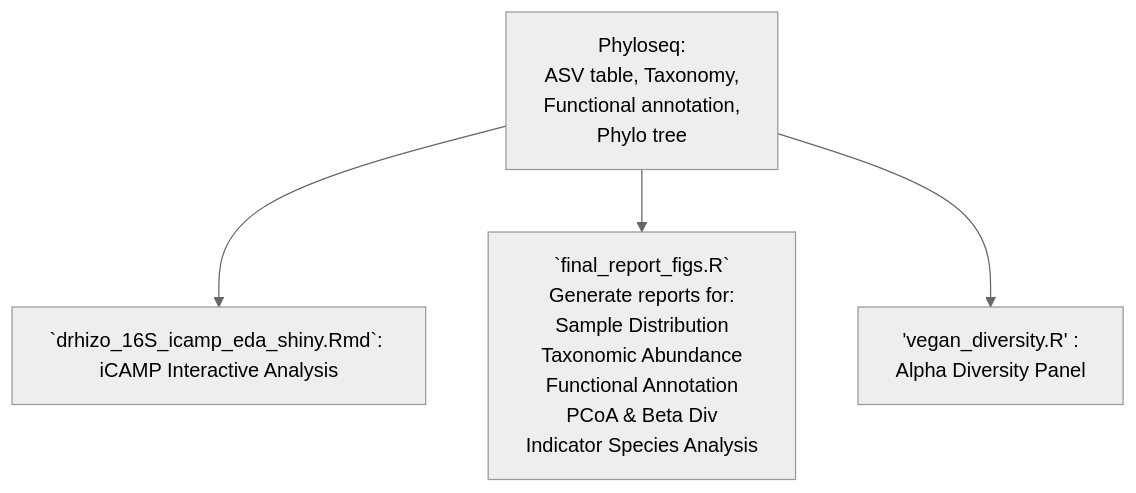
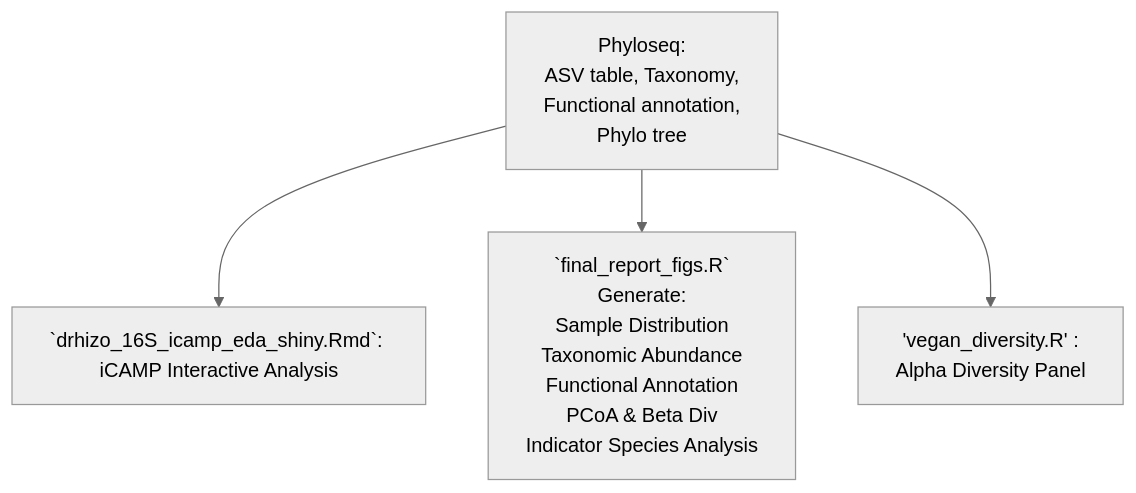
Before and after one commit to dbioinfo/drhizo: the second of 2 diagrams in README.md, drawn with Mermaid (neutral theme). The commit also changed other lines of this file, not shown here.

````diff
--- a/README.md
+++ b/README.md
@@ -23,6 +23,6 @@
 ```mermaid
 graph TB;
     A[Phyloseq:\nASV table, Taxonomy, \nFunctional annotation, \nPhylo tree] --> B[`drhizo_16S_icamp_eda_shiny.Rmd`: \niCAMP Interactive Analysis];
-    A --> C[`final_report_figs.R`  \nGenerate reports for: \nSample Distribution \nTaxonomic Abundance \nFunctional Annotation \nPCoA & Beta Div \nIndicator Species Analysis];
+    A --> C[`final_report_figs.R`  \nGenerate: \nSample Distribution \nTaxonomic Abundance \nFunctional Annotation \nPCoA & Beta Div \nIndicator Species Analysis];
     A --> D['vegan_diversity.R' : \nAlpha Diversity Panel];
 ```
````
